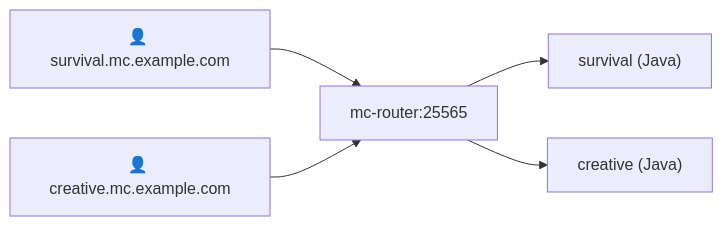
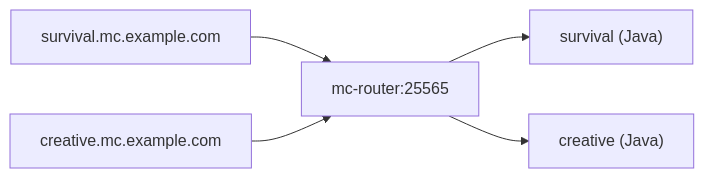
Before and after one commit to Ketbome/minepanel: the fourth of 7 diagrams in doc/networking.md, drawn with Mermaid. The commit also changed other lines of this file and 56 other files, not shown here.

First line of the commit message:
docs: current screenshots and diagrams across the whole site (#333)

````diff
--- a/doc/networking.md
+++ b/doc/networking.md
@@ -261,7 +298,7 @@
 ```mermaid
 flowchart LR
-    P1["👤 survival.mc.example.com"] --> Router["mc-router:25565"]
-    P2["👤 creative.mc.example.com"] --> Router
+    P1["survival.mc.example.com"] --> Router["mc-router:25565"]
+    P2["creative.mc.example.com"] --> Router
     Router --> MC1["survival (Java)"]
     Router --> MC2["creative (Java)"]
 ```
````
